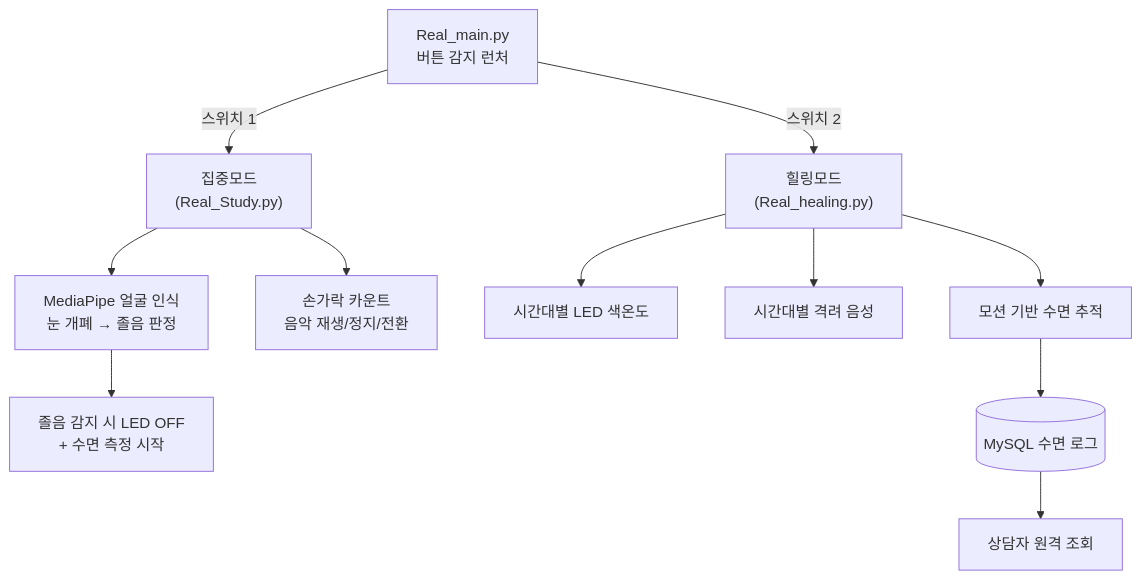
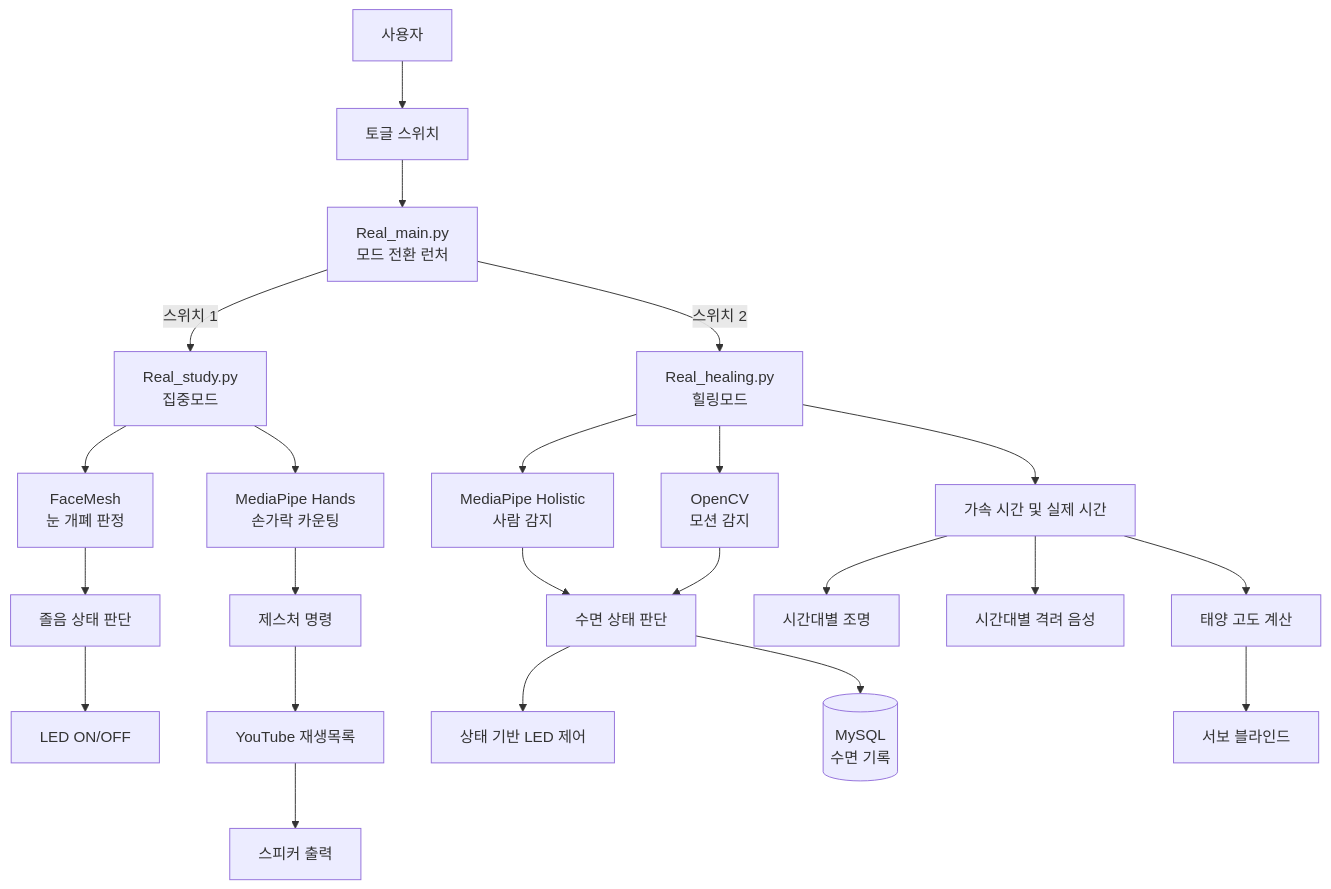
The diagram in README.md (dladyddn133-creator/mindcare), drawn with Mermaid before and after one commit. The commit also changed other lines of this file and 6 other files, not shown here.

````diff
--- a/README.md
+++ b/README.md
@@ -29,15 +137,29 @@
 ```mermaid
 flowchart TD
-    M["Real_main.py<br/>버튼 감지 런처"] -->|"스위치 1"| F["집중모드<br/>(Real_Study.py)"]
-    M -->|"스위치 2"| H["힐링모드<br/>(Real_healing.py)"]
+    USER["사용자"] --> SWITCH["토글 스위치"]
+    SWITCH --> MAIN["Real_main.py<br/>모드 전환 런처"]
 
-    F --> F1["MediaPipe 얼굴 인식<br/>눈 개폐 → 졸음 판정"]
-    F --> F2["손가락 카운트<br/>음악 재생/정지/전환"]
-    F1 --> F3["졸음 감지 시 LED OFF<br/>+ 수면 측정 시작"]
+    MAIN -->|"스위치 1"| STUDY["Real_study.py<br/>집중모드"]
+    MAIN -->|"스위치 2"| HEALING["Real_healing.py<br/>힐링모드"]
 
-    H --> H1["시간대별 LED 색온도"]
-    H --> H2["시간대별 격려 음성"]
-    H --> H3["모션 기반 수면 추적"]
-    H3 --> DB[("MySQL 수면 로그")]
-    DB --> C["상담자 원격 조회"]
+    STUDY --> FACE["FaceMesh<br/>눈 개폐 판정"]
+    STUDY --> HAND["MediaPipe Hands<br/>손가락 카운팅"]
+    FACE --> DROWSY["졸음 상태 판단"]
+    DROWSY --> LED1["LED ON/OFF"]
+    HAND --> COMMAND["제스처 명령"]
+    COMMAND --> YOUTUBE["YouTube 재생목록"]
+    YOUTUBE --> SPEAKER1["스피커 출력"]
+
+    HEALING --> POSE["MediaPipe Holistic<br/>사람 감지"]
+    HEALING --> MOTION["OpenCV<br/>모션 감지"]
+    POSE --> SLEEP["수면 상태 판단"]
+    MOTION --> SLEEP
+    SLEEP --> LED2["상태 기반 LED 제어"]
+    SLEEP --> DB[("MySQL<br/>수면 기록")]
+
+    HEALING --> TIME["가속 시간 및 실제 시간"]
+    TIME --> LIGHT["시간대별 조명"]
+    TIME --> VOICE["시간대별 격려 음성"]
+    TIME --> SUN["태양 고도 계산"]
+    SUN --> SERVO["서보 블라인드"]
 ```
````
